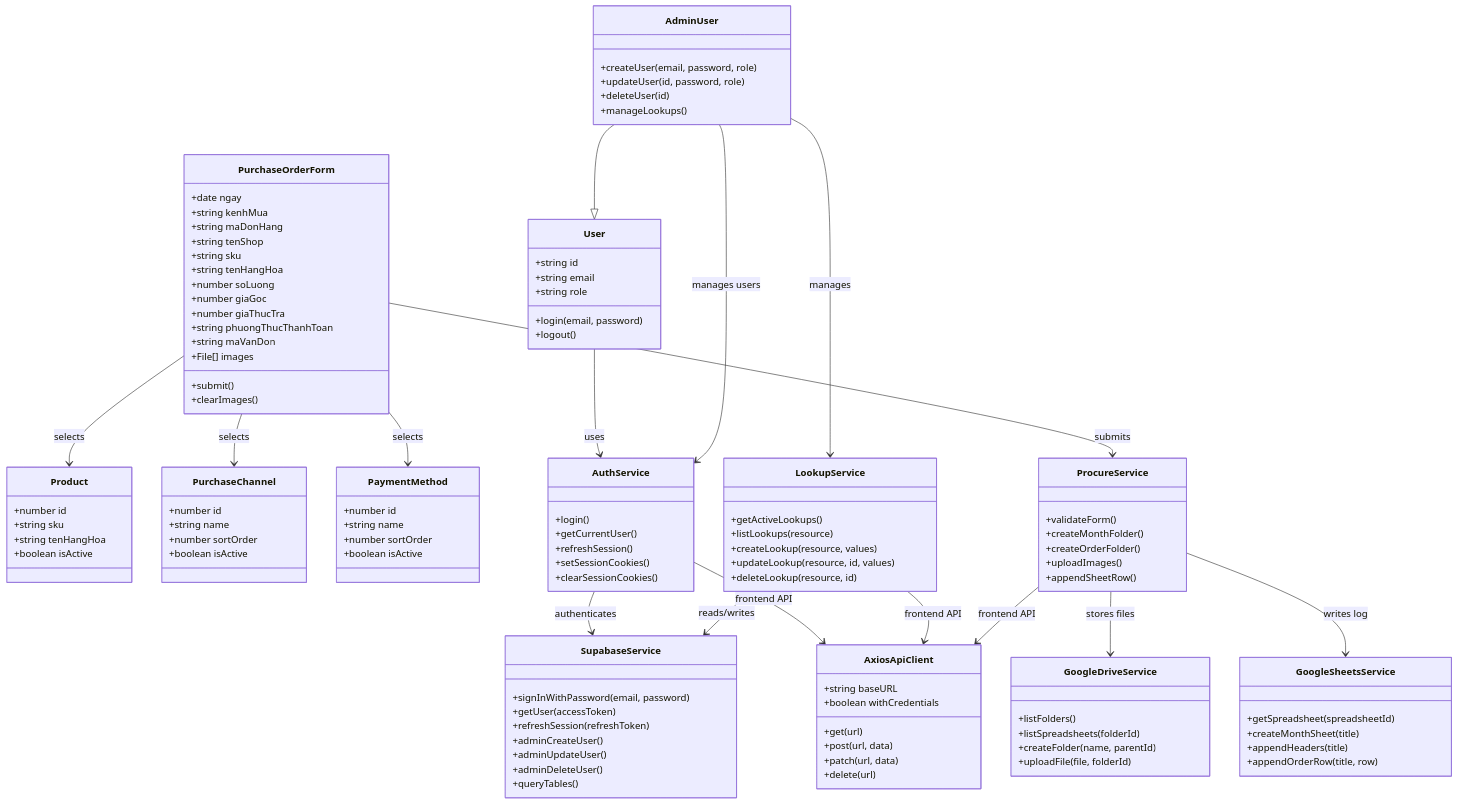
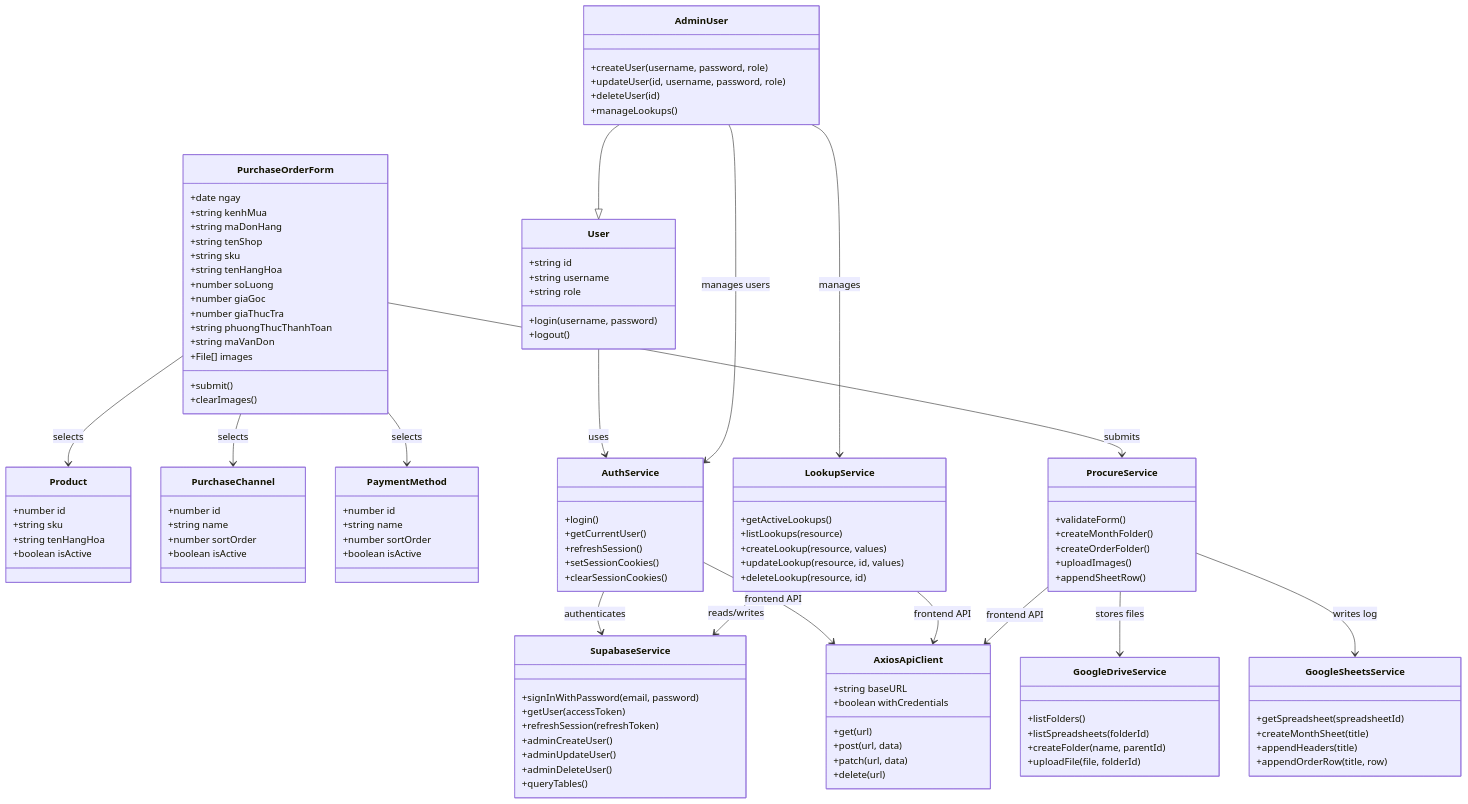
Before and after one commit to thuancao05/procure-track: the second of 2 diagrams in documents/TAI-LIEU-DAC-TA.md, drawn with Mermaid. The commit also changed other lines of this file and 11 other files, not shown here.

```diff
--- a/documents/TAI-LIEU-DAC-TA.md
+++ b/documents/TAI-LIEU-DAC-TA.md
@@ -538,15 +595,15 @@
 classDiagram
     class User {
         +string id
-        +string email
+        +string username
         +string role
-        +login(email, password)
+        +login(username, password)
         +logout()
     }
 
     class AdminUser {
-        +createUser(email, password, role)
-        +updateUser(id, password, role)
+        +createUser(username, password, role)
+        +updateUser(id, username, password, role)
         +deleteUser(id)
         +manageLookups()
     }
```
